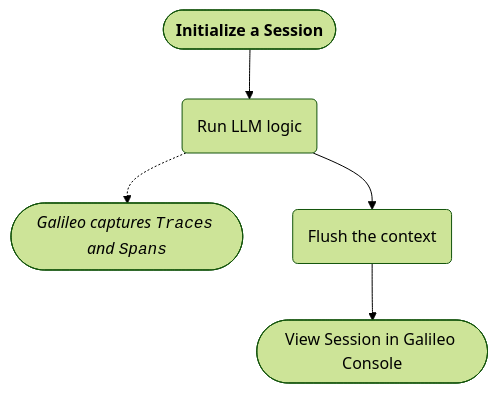
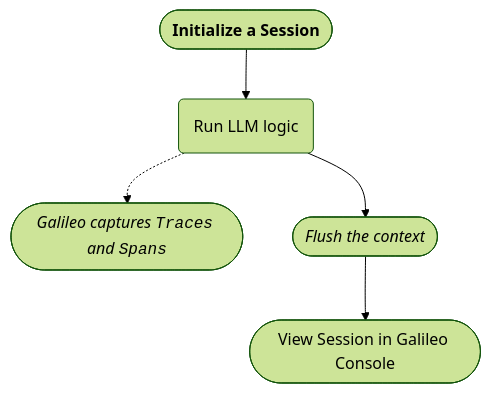
Before and after one commit to rungalileo/docs-official: the diagram in concepts/logging/sessions/using-sessions.mdx, drawn with Mermaid (forest theme).

Commit message:
task: italicize flush-context in mermaid as optional step

````diff
--- a/concepts/logging/sessions/using-sessions.mdx
+++ b/concepts/logging/sessions/using-sessions.mdx
@@ -25,18 +25,18 @@
 ```mermaid
 ---
 config:
 flowchart:
     curve: linear
 ---
 graph TD;
     __start__([<b>Initialize a Session</b>])
     app_logic(Run LLM logic)
     log_traces([<em>Galileo captures <code>Traces</code> and <code>Spans</code></em>])
-    flush(Flush the context)
+    flush([<em>Flush the context</em>])
     __end__([<p>View Session in Galileo Console</p>])
 
     __start__ --> app_logic
     app_logic  -.-> log_traces
     app_logic --> flush
     flush --> __end__
 ```
````
